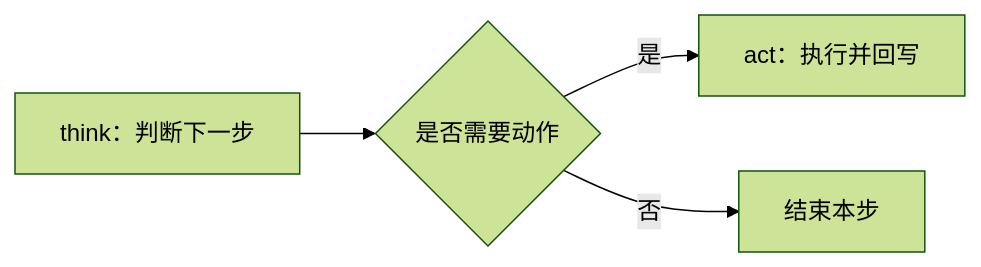
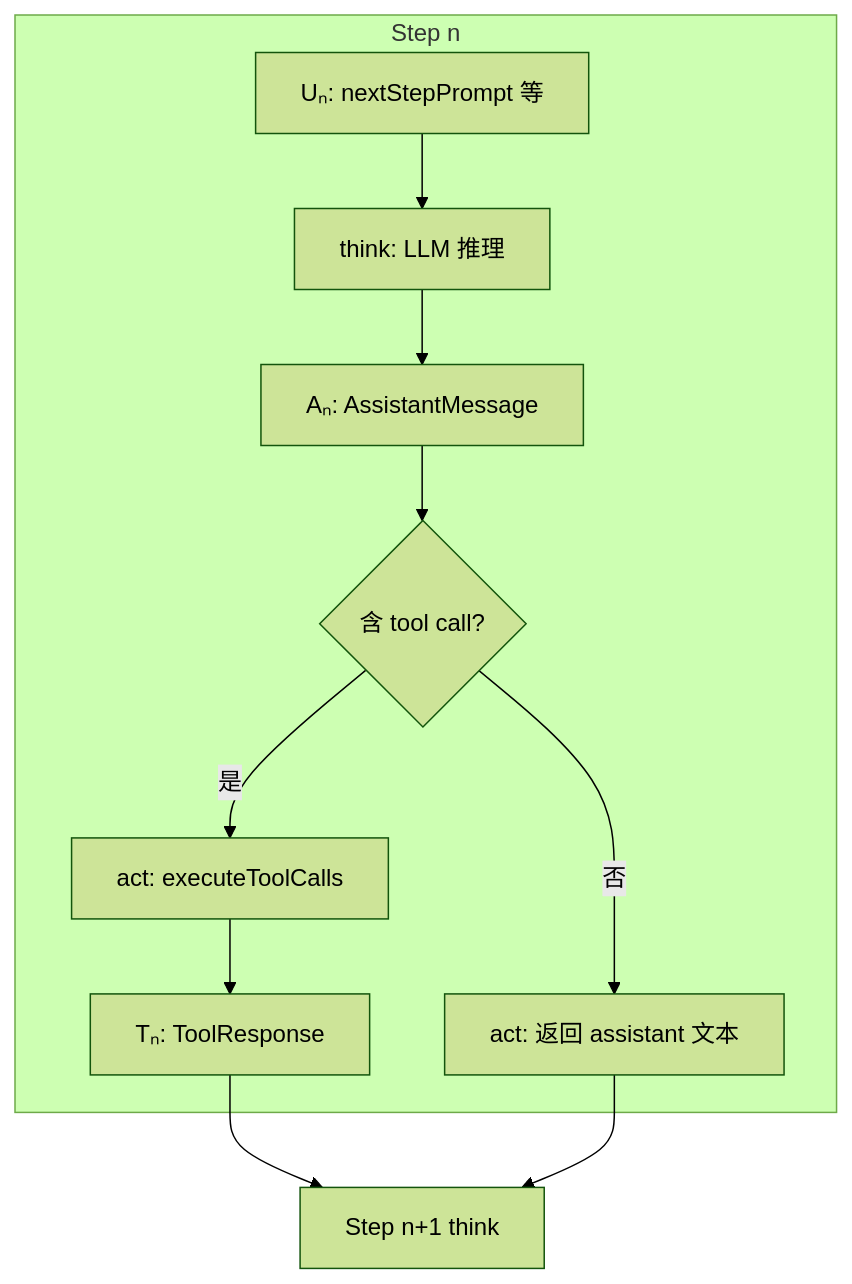
Before and after one commit to jixie-wish/Janus: the fourth of 13 diagrams in core/docs/AGENT-FLOW.md, drawn with Mermaid (forest theme). The commit also changed other lines of this file and 24 other files, not shown here.

````diff
--- a/core/docs/AGENT-FLOW.md
+++ b/core/docs/AGENT-FLOW.md
@@ -88,6 +92,13 @@
 ```mermaid
-flowchart LR
-    T[think：判断下一步] --> D{是否需要动作}
-    D -->|是| A[act：执行并回写]
-    D -->|否| E[结束本步]
+flowchart TB
+    subgraph stepN [Step n]
+        U[Uₙ: nextStepPrompt 等] --> TH[think: LLM 推理]
+        TH --> A[Aₙ: AssistantMessage]
+        A --> D{含 tool call?}
+        D -->|是| AC[act: executeToolCalls]
+        AC --> T[Tₙ: ToolResponse]
+        D -->|否| TXT[act: 返回 assistant 文本]
+    end
+    T --> NEXT[Step n+1 think]
+    TXT --> NEXT
 ```
````
